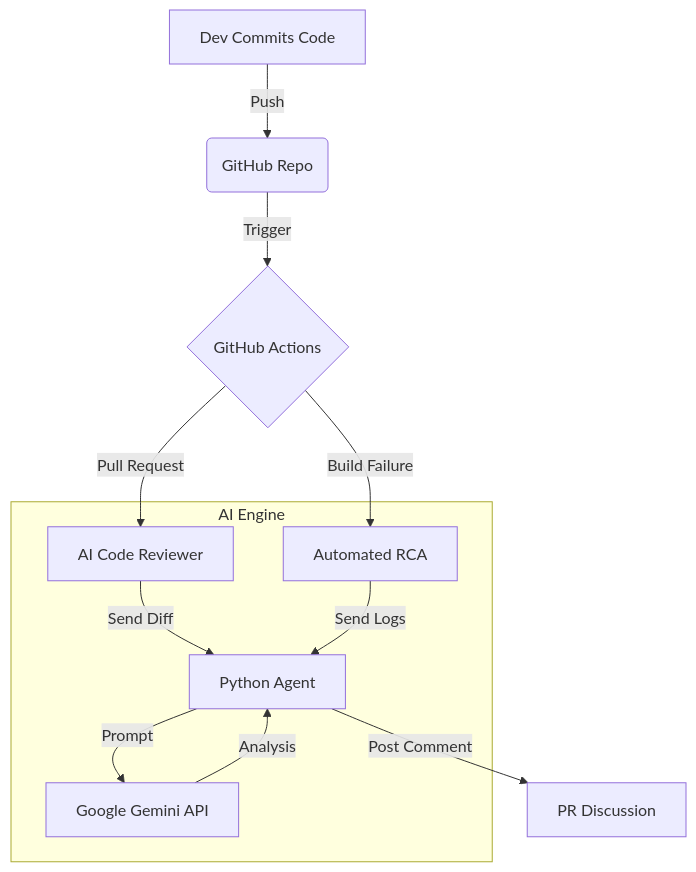
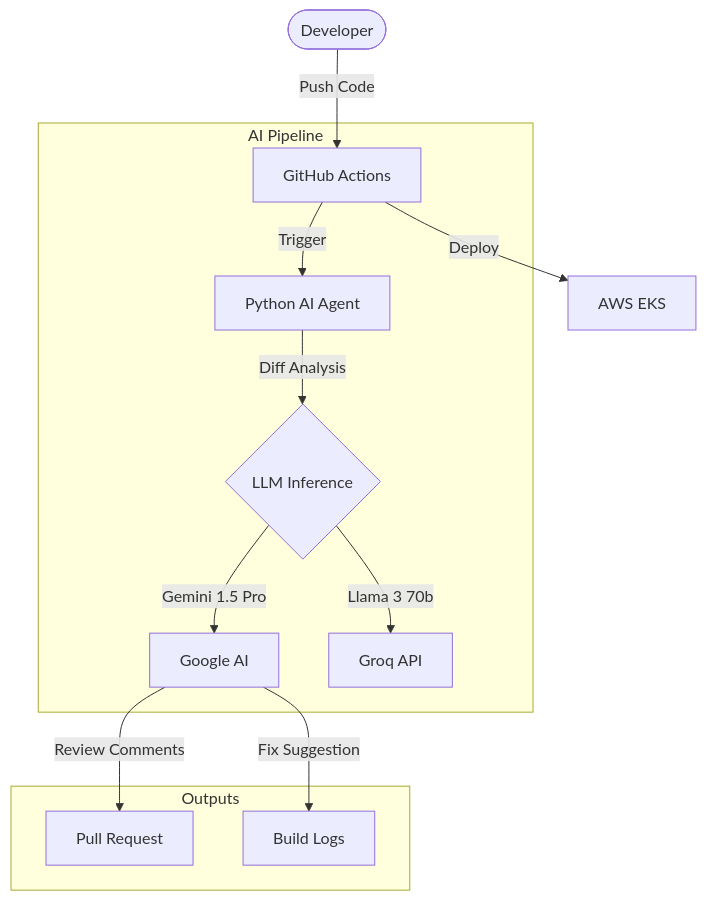
The diagram in README.md (sikander098/ai-cicd-pipeline), drawn with Mermaid before and after one commit. The commit also changed other lines of this file and 1 other file, not shown here.

````diff
--- a/README.md
+++ b/README.md
@@ -20,16 +29,18 @@
 ```mermaid
 graph TD
-    A[Dev Commits Code] -->|Push| B(GitHub Repo)
-    B -->|Trigger| C{GitHub Actions}
-    C -->|Pull Request| D[AI Code Reviewer]
-    C -->|Build Failure| E[Automated RCA]
+    User([Developer]) -->|Push Code| GH[GitHub Actions]
     
-    subgraph "AI Engine"
-        D -->|Send Diff| F[Python Agent]
-        E -->|Send Logs| F
-        F -->|Prompt| G[Google Gemini API]
-        G -->|Analysis| F
+    subgraph "AI Pipeline"
+        GH -->|Trigger| Agent[Python AI Agent]
+        Agent -->|Diff Analysis| LLM{LLM Inference}
+        LLM -->|Gemini 1.5 Pro| Google[Google AI]
+        LLM -->|Llama 3 70b| Groq[Groq API]
     end
     
-    F -->|Post Comment| H[PR Discussion]
+    subgraph "Outputs"
+        Google -->|Review Comments| PR[Pull Request]
+        Google -->|Fix Suggestion| Logs[Build Logs]
+    end
+    
+    GH -->|Deploy| AWS[AWS EKS]
 ```
````
